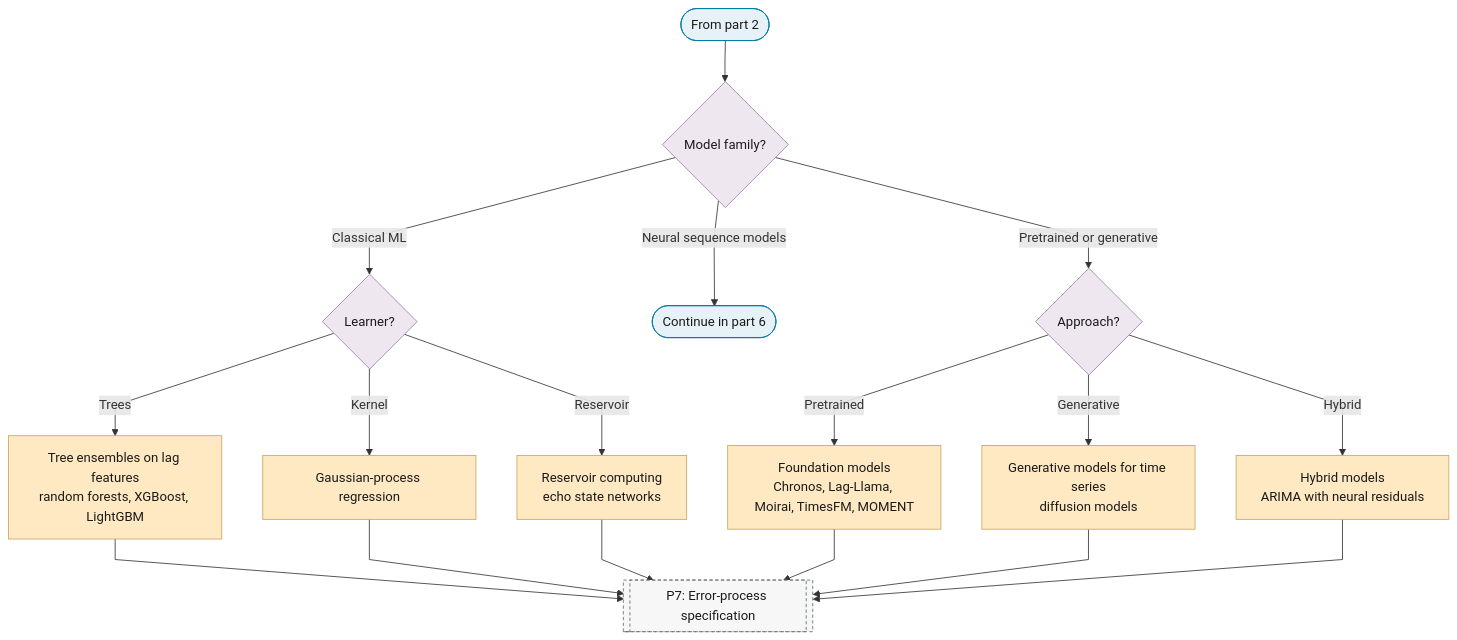
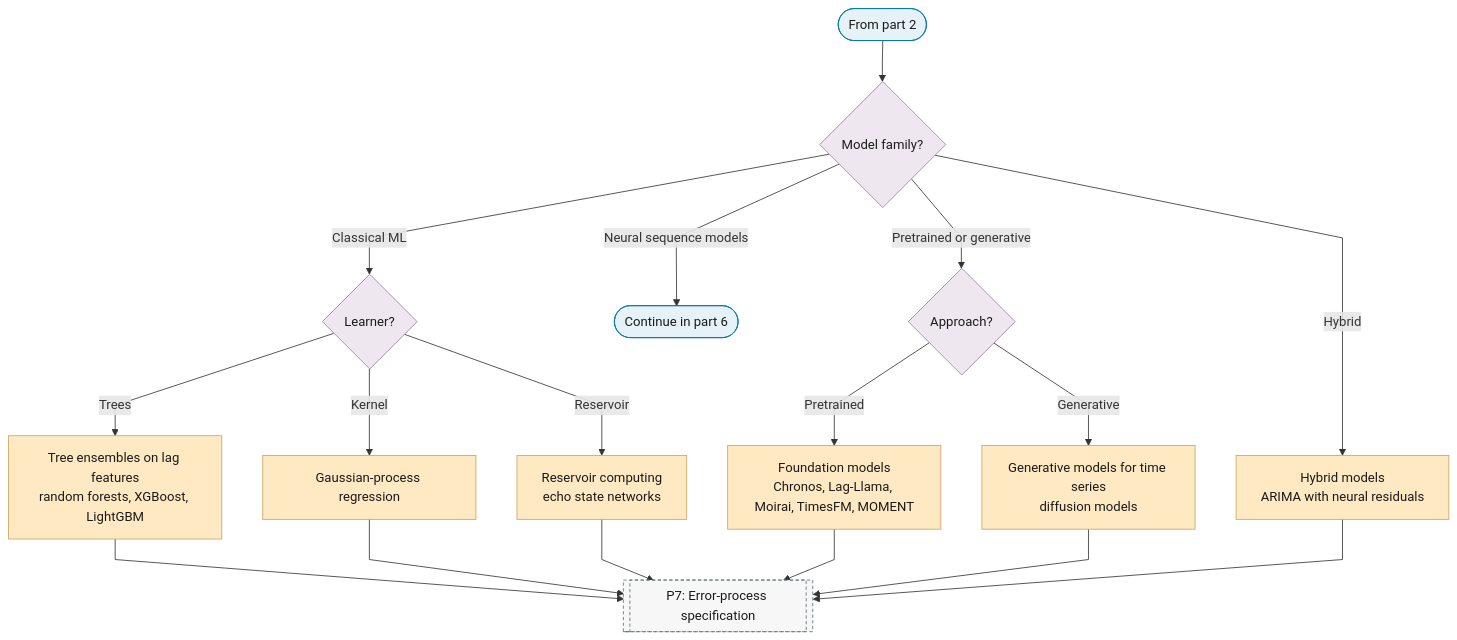
The fifth of 6 diagrams in docs/01-workflow/p06-mean-model-class.md (Shuxin-Y/time-series-analysis-manual), drawn with Mermaid before and after one commit. The commit also changed other lines of this file and 8 other files, not shown here.

First line of the commit message:
fix(flowchart): alternatives are fan-outs, dependencies are chains

````diff
--- a/docs/01-workflow/p06-mean-model-class.md
+++ b/docs/01-workflow/p06-mean-model-class.md
@@ -146,28 +153,28 @@
 ```mermaid
 %%{init: {"flowchart": {"curve": "linear"}}}%%
 graph TD
     P6_PART_5_IN(["From part 2"]) --> P6_ML_FAMILY{"Model family?"}
     P6_ML_FAMILY -->|"Classical ML"| P6_ML_CLASSICAL{"Learner?"}
     P6_ML_FAMILY -->|"Neural sequence models"| P6_TO_PART_6(["Continue in part 6"])
     P6_ML_FAMILY -->|"Pretrained or generative"| P6_ML_PRETRAINED{"Approach?"}
+    P6_ML_FAMILY -->|"Hybrid"| P6_HYBRID["Hybrid models<br/>ARIMA with neural residuals"]
     P6_ML_CLASSICAL -->|"Trees"| P6_TREE_ENSEMBLES["Tree ensembles on lag features<br/>random forests, XGBoost, LightGBM"]
     P6_ML_CLASSICAL -->|"Kernel"| P6_GAUSSIAN_PROCESS["Gaussian-process regression"]
     P6_ML_CLASSICAL -->|"Reservoir"| P6_RESERVOIR["Reservoir computing<br/>echo state networks"]
     P6_ML_PRETRAINED -->|"Pretrained"| P6_FOUNDATION_MODELS["Foundation models<br/>Chronos, Lag-Llama, Moirai, TimesFM, MOMENT"]
     P6_ML_PRETRAINED -->|"Generative"| P6_GENERATIVE["Generative models for time series<br/>diffusion models"]
-    P6_ML_PRETRAINED -->|"Hybrid"| P6_HYBRID["Hybrid models<br/>ARIMA with neural residuals"]
     P6_TREE_ENSEMBLES & P6_GAUSSIAN_PROCESS & P6_RESERVOIR --> P7
     P6_FOUNDATION_MODELS & P6_GENERATIVE & P6_HYBRID --> P7[["P7: Error-process specification"]]
     class P6_PART_5_IN,P6_TO_PART_6 terminator
     class P6_ML_FAMILY,P6_ML_CLASSICAL,P6_ML_PRETRAINED decision
     class P6_TREE_ENSEMBLES,P6_GAUSSIAN_PROCESS,P6_RESERVOIR,P6_FOUNDATION_MODELS,P6_GENERATIVE,P6_HYBRID escalate
     class P7 ref
     classDef terminator fill:#E6F2F7,stroke:#007BA7,color:#1A1A1A;
     classDef process fill:#FFFFFF,stroke:#5A6B73,color:#1A1A1A;
     classDef decision fill:#EFE7F0,stroke:#9B7FA7,color:#1A1A1A;
     classDef data fill:#FFF4E0,stroke:#C9A55E,color:#1A1A1A;
     classDef good fill:#DCEFD8,stroke:#4A7A3F,color:#1A1A1A;
     classDef escalate fill:#FFE9C2,stroke:#C9A55E,color:#1A1A1A;
     classDef problem fill:#F2D9DE,stroke:#800020,color:#1A1A1A;
     classDef ref fill:#F7F7F7,stroke:#5A6B73,color:#1A1A1A,stroke-dasharray:4 3;
 ```
````
